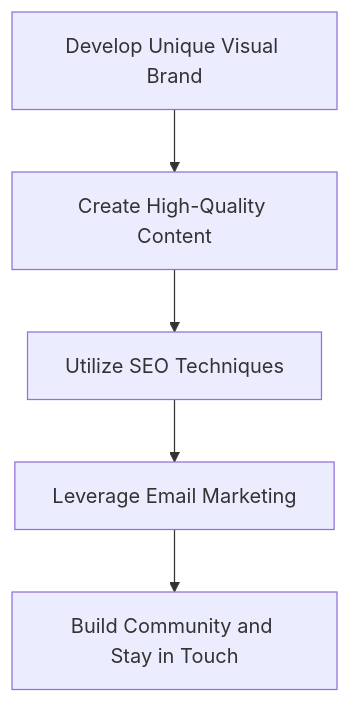
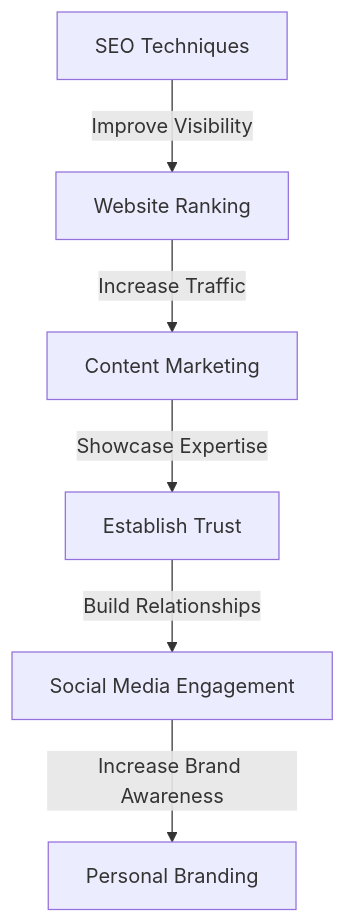
Before and after one commit to baaghinitesh/dailly-notes: the first of 2 diagrams in docs/blogs/Mastering_Your_Personal_Brand_as_a_Technical_Freelancer_Part_2.md, drawn with Mermaid. The commit also changed other lines of this file and 5 other files, not shown here.

````diff
--- a/docs/blogs/Mastering_Your_Personal_Brand_as_a_Technical_Freelancer_Part_2.md
+++ b/docs/blogs/Mastering_Your_Personal_Brand_as_a_Technical_Freelancer_Part_2.md
@@ -23,7 +22,8 @@
 ```mermaid
 flowchart TD
-    A[Develop Unique Visual Brand] --> B["Create High-Quality Content"]
-    B --> C[Utilize SEO Techniques]
-    C --> D[Leverage Email Marketing]
-    D --> E[Build Community and Stay in Touch]
+    A[SEO Techniques] -->|Improve Visibility| B[Website Ranking]
+    B -->|Increase Traffic| C[Content Marketing]
+    C -->|Showcase Expertise| D[Establish Trust]
+    D -->|Build Relationships| E[Social Media Engagement]
+    E -->|Increase Brand Awareness| F[Personal Branding]
 ```
````
